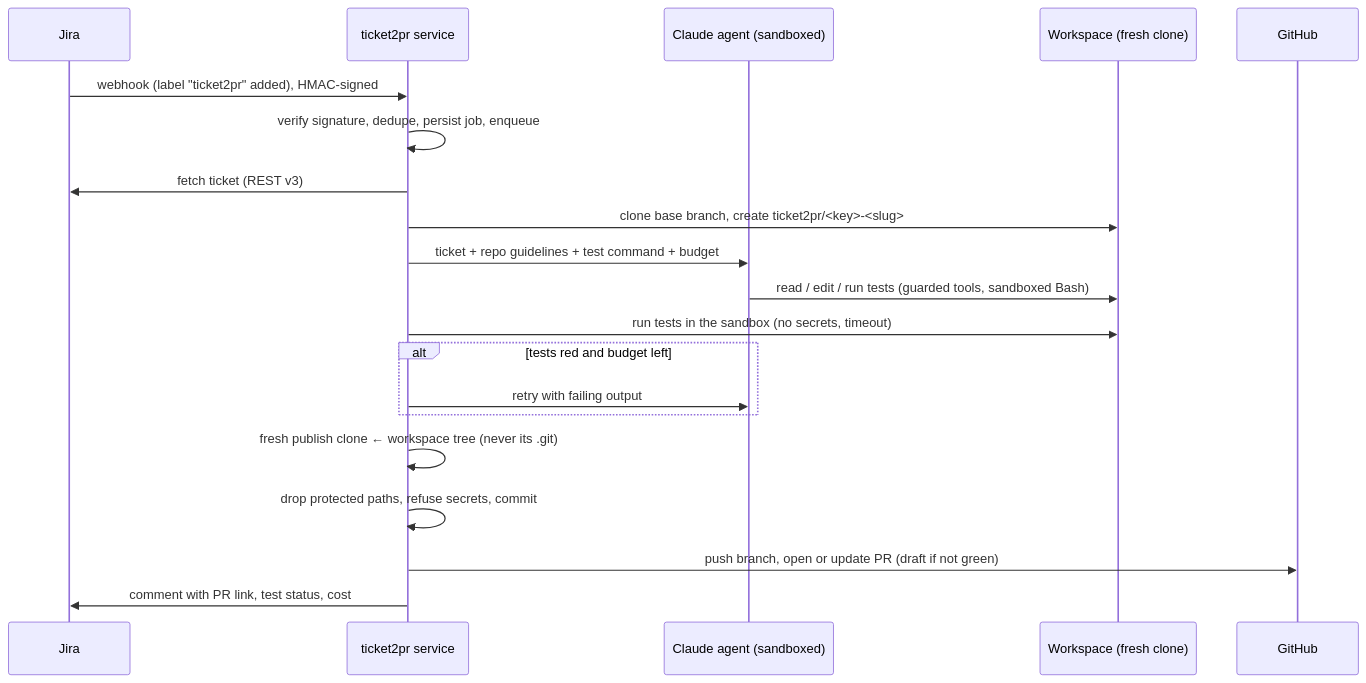
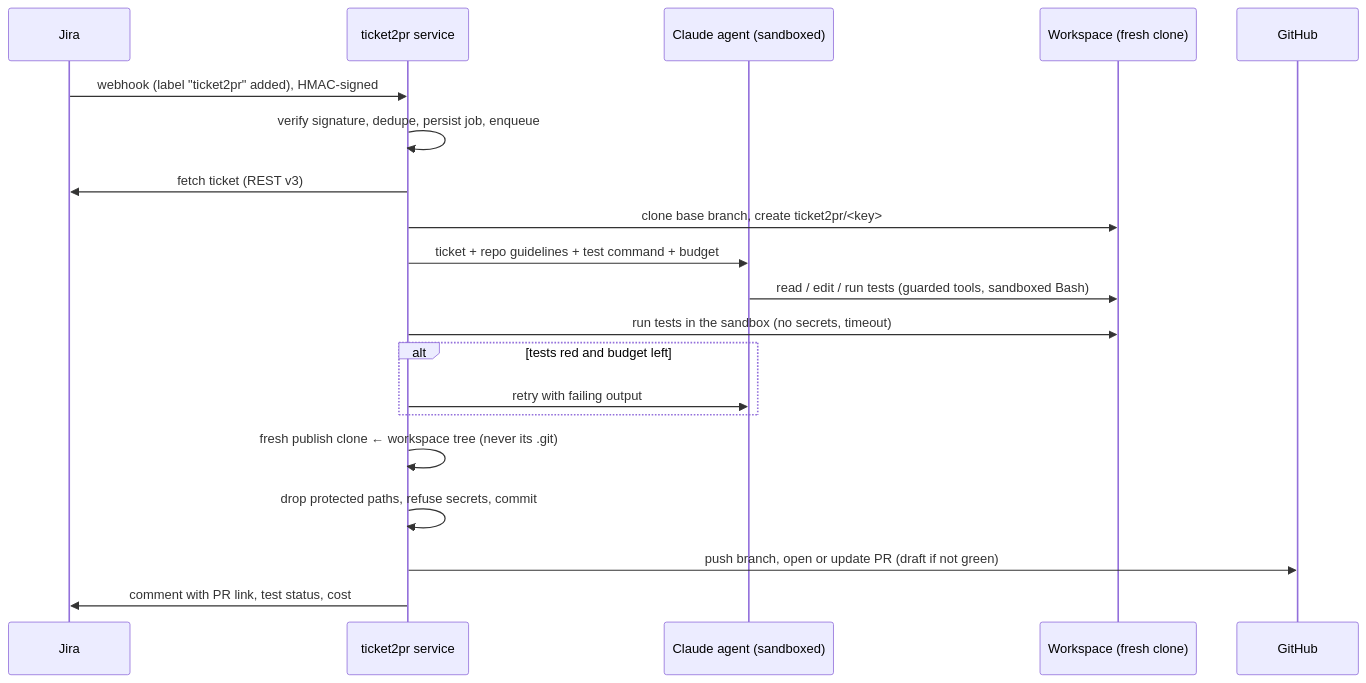
The diagram in README.md (chawkijaballi-dev/ticket2pr), drawn with Mermaid before and after one commit. The commit also changed other lines of this file and 16 other files, not shown here.

````diff
--- a/README.md
+++ b/README.md
@@ -37,23 +37,23 @@
 ```mermaid
 sequenceDiagram
     participant Jira
     participant API as ticket2pr service
     participant Agent as Claude agent (sandboxed)
     participant Repo as Workspace (fresh clone)
     participant GH as GitHub
 
     Jira->>API: webhook (label "ticket2pr" added), HMAC-signed
     API->>API: verify signature, dedupe, persist job, enqueue
     API->>Jira: fetch ticket (REST v3)
-    API->>Repo: clone base branch, create ticket2pr/<key>-<slug>
+    API->>Repo: clone base branch, create ticket2pr/<key>
     API->>Agent: ticket + repo guidelines + test command + budget
     Agent->>Repo: read / edit / run tests (guarded tools, sandboxed Bash)
     API->>Repo: run tests in the sandbox (no secrets, timeout)
     alt tests red and budget left
         API->>Agent: retry with failing output
     end
     API->>API: fresh publish clone ← workspace tree (never its .git)
     API->>API: drop protected paths, refuse secrets, commit
     API->>GH: push branch, open or update PR (draft if not green)
     API->>Jira: comment with PR link, test status, cost
 ```
````
